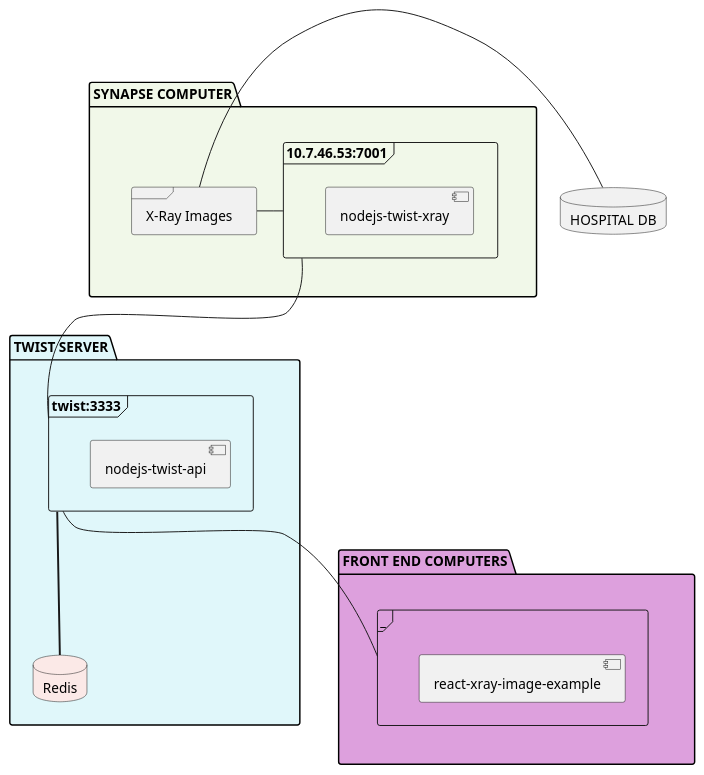
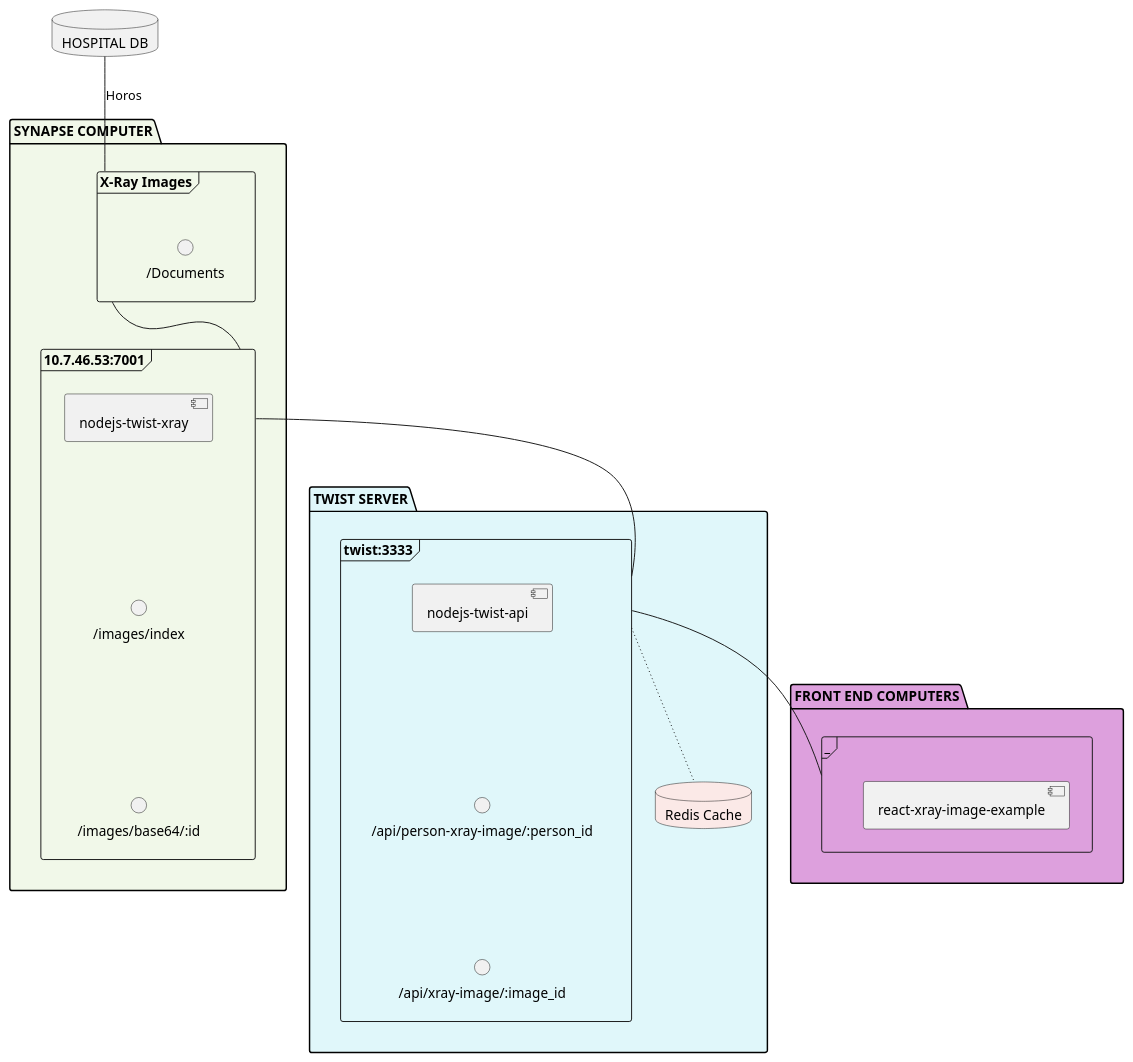
Before and after one commit to TwistTRL/nodejs-twist-api: the diagram in assets/xray-image.iuml, drawn with PlantUML.

Commit message:
updated xray iuml

```diff
--- a/assets/xray-image.iuml
+++ b/assets/xray-image.iuml
@@ -1,42 +1,48 @@
 @startuml xray-image
 
-' skinparam componentStyle uml2
+skinparam componentStyle uml2
 
 database "HOSPITAL DB" as db
 
 package "SYNAPSE COMPUTER" as synapse #f1f8e9 {
     frame "X-Ray Images" as images {
-
+        interface "/Documents"
     }
 
     frame "10.7.46.53:7001" as imageAPI {
-        component "nodejs-twist-xray"
+        component "nodejs-twist-xray" as componentImageAPI
+        interface "/images/index" as imageIndex
+        interface "/images/base64/:id" as imageBase
+        componentImageAPI -[hidden]down- imageIndex
+        imageIndex -[hidden]down- imageBase
     }
 
-    images -right- imageAPI
+    images -- imageAPI
 }
 
 package "TWIST SERVER" as twist #e0f7fa {
     frame "twist:3333" as twistAPI {
-        component "nodejs-twist-api"
+        component "nodejs-twist-api" as componentTwistAPI
+        interface "/api/person-xray-image/:person_id" as apiPerson
+        interface "/api/xray-image/:image_id" as apiImage
+        componentTwistAPI -[hidden]down- apiPerson
+        apiPerson -[hidden]down- apiImage
     }
 
-    database Redis #fbe9e7 {
+    database "Redis Cache" as Redis #fbe9e7 {
     }
 
-    twistAPI == Redis
+    twistAPI ~down~ Redis
 }
 
 package "FRONT END COMPUTERS" as frontEnd #Plum {
     frame "_" as imageFE {
         component "react-xray-image-example"
     }
 }
 
-db -right- images
+db -down- images : Horos
 imageAPI -down- twistAPI
 imageFE -up- twistAPI
-synapse -[hidden]down- twist
-frontEnd -[hidden]up- twist
 
 @enduml
```
